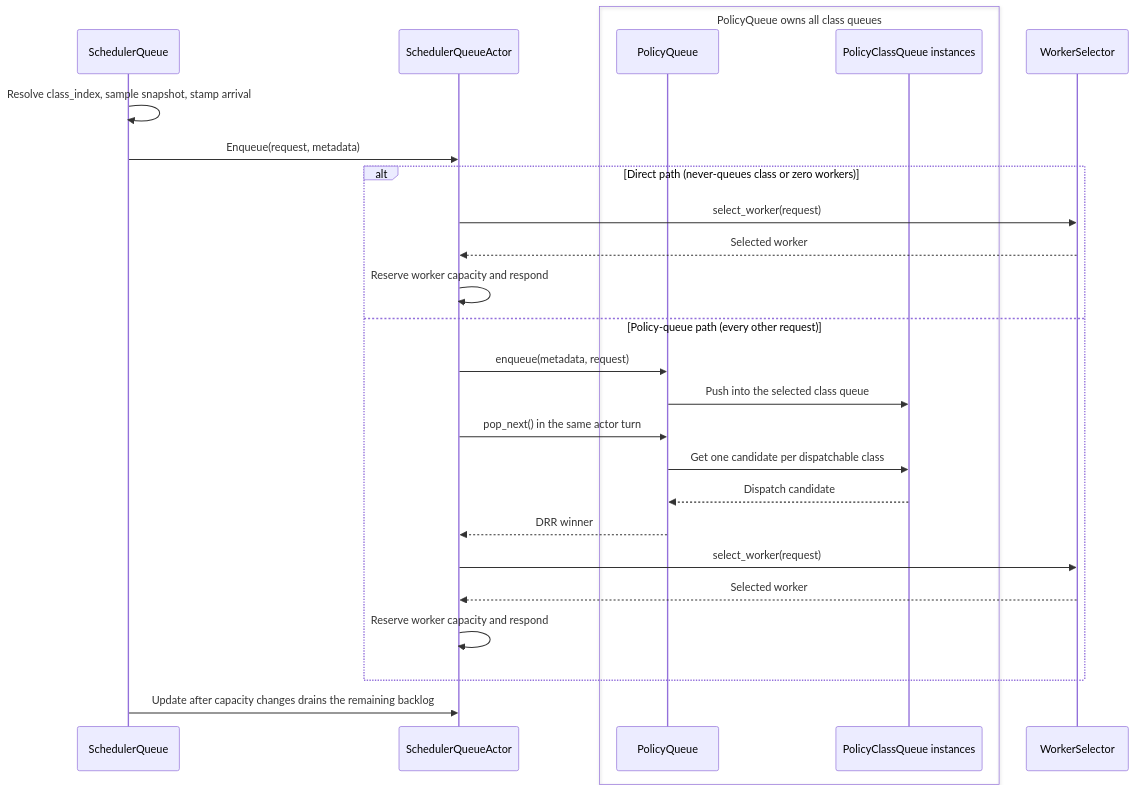
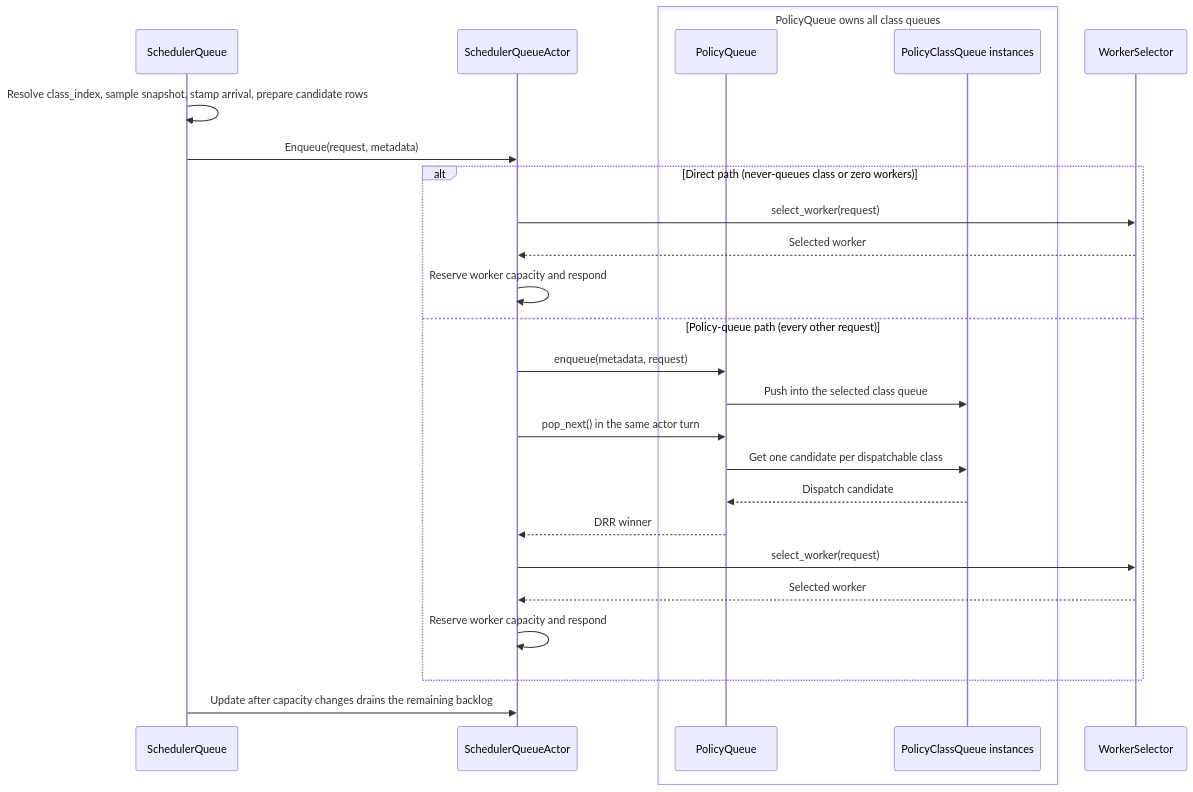
Before and after one commit to ai-dynamo/dynamo: the diagram in lib/kv-router/src/scheduling/AGENTS.md, drawn with Mermaid. The commit also changed other lines of this file and 4 other files, not shown here.

Commit message:
perf(router): build candidate rows off the scheduler queue actor

````diff
--- a/lib/kv-router/src/scheduling/AGENTS.md
+++ b/lib/kv-router/src/scheduling/AGENTS.md
@@ -9,29 +9,29 @@
 ```mermaid
 sequenceDiagram
     participant H as SchedulerQueue
     participant A as SchedulerQueueActor
     box PolicyQueue owns all class queues
         participant P as PolicyQueue
         participant C as PolicyClassQueue instances
     end
     participant S as WorkerSelector
 
-    H->>H: Resolve class_index, sample snapshot, stamp arrival
+    H->>H: Resolve class_index, sample snapshot, stamp arrival, prepare candidate rows
     H->>A: Enqueue(request, metadata)
     alt Direct path (never-queues class or zero workers)
         A->>S: select_worker(request)
         S-->>A: Selected worker
         A->>A: Reserve worker capacity and respond
     else Policy-queue path (every other request)
         A->>P: enqueue(metadata, request)
         P->>C: Push into the selected class queue
         A->>P: pop_next() in the same actor turn
         P->>C: Get one candidate per dispatchable class
         C-->>P: Dispatch candidate
         P-->>A: DRR winner
         A->>S: select_worker(request)
         S-->>A: Selected worker
         A->>A: Reserve worker capacity and respond
     end
     H->>A: Update after capacity changes drains the remaining backlog
 ```
````
